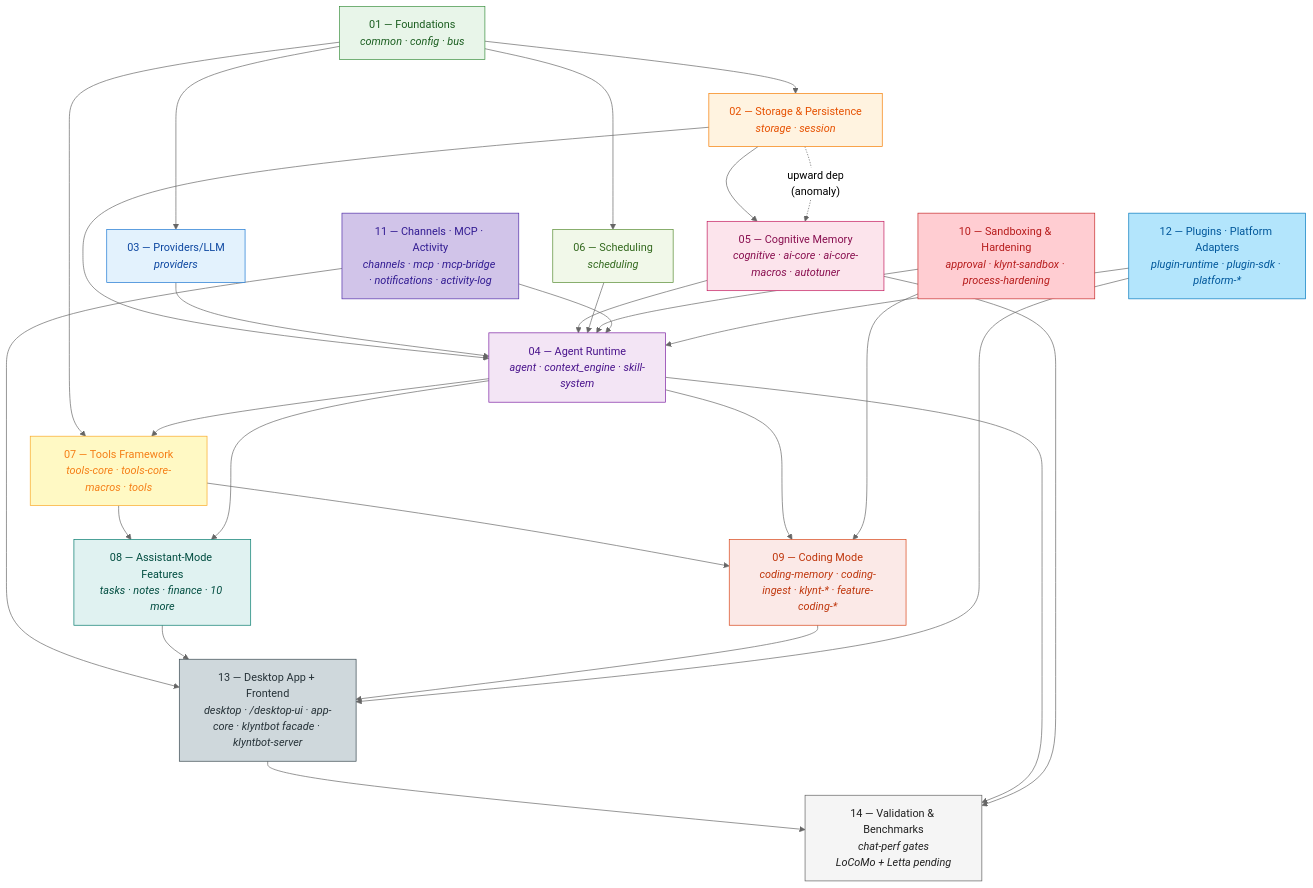
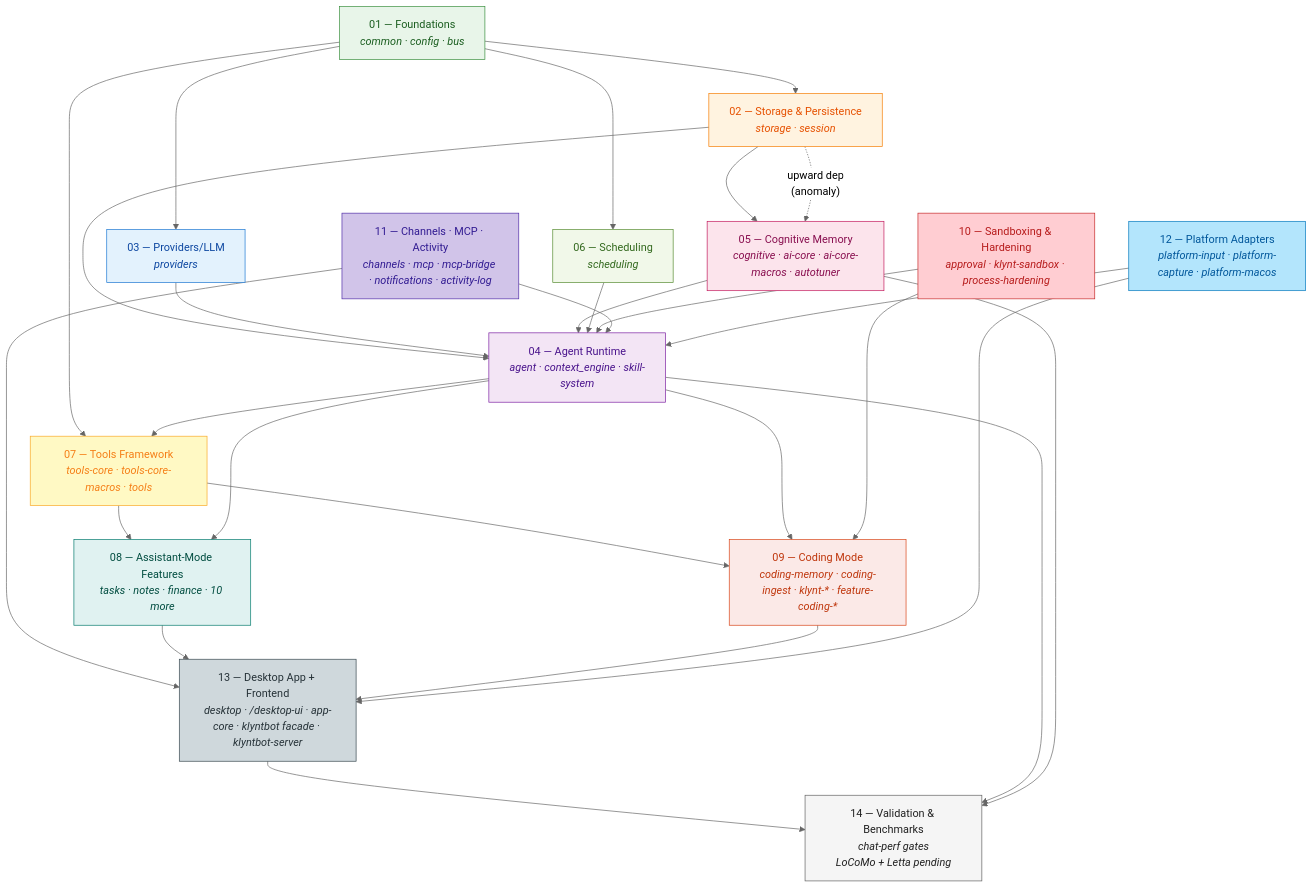
Before and after one commit to KlyntLabs/klyntbot: the first of 4 diagrams in docs/architecture/00-overview.md, drawn with Mermaid (neutral theme). The commit also changed other lines of this file and 15 other files, not shown here.

First line of the commit message:
docs: strip WASM-plugin references after runtime removal

````diff
--- a/docs/architecture/00-overview.md
+++ b/docs/architecture/00-overview.md
@@ -60,59 +60,59 @@
 ```mermaid
 flowchart TB
     classDef found fill:#e8f5e9,stroke:#388e3c,color:#1b5e20
     classDef store fill:#fff3e0,stroke:#f57c00,color:#e65100
     classDef llm fill:#e3f2fd,stroke:#1976d2,color:#0d47a1
     classDef runtime fill:#f3e5f5,stroke:#7b1fa2,color:#4a148c
     classDef cognition fill:#fce4ec,stroke:#c2185b,color:#880e4f
     classDef sched fill:#f1f8e9,stroke:#558b2f,color:#33691e
     classDef tools fill:#fff9c4,stroke:#f9a825,color:#f57f17
     classDef features fill:#e0f2f1,stroke:#00796b,color:#004d40
     classDef coding fill:#fbe9e7,stroke:#d84315,color:#bf360c
     classDef sec fill:#ffcdd2,stroke:#c62828,color:#b71c1c
     classDef ext fill:#d1c4e9,stroke:#512da8,color:#311b92
     classDef plug fill:#b3e5fc,stroke:#0277bd,color:#01579b
     classDef desktop fill:#cfd8dc,stroke:#37474f,color:#263238
     classDef val fill:#f5f5f5,stroke:#616161,color:#212121
 
     F[01 — Foundations<br/><i>common · config · bus</i>]:::found
     S[02 — Storage & Persistence<br/><i>storage · session</i>]:::store
     P[03 — Providers/LLM<br/><i>providers</i>]:::llm
     A[04 — Agent Runtime<br/><i>agent · context_engine · skill-system</i>]:::runtime
     C[05 — Cognitive Memory<br/><i>cognitive · ai-core · ai-core-macros · autotuner</i>]:::cognition
     SC[06 — Scheduling<br/><i>scheduling</i>]:::sched
     T[07 — Tools Framework<br/><i>tools-core · tools-core-macros · tools</i>]:::tools
     AF[08 — Assistant-Mode Features<br/><i>tasks · notes · finance · 10 more</i>]:::features
     CM[09 — Coding Mode<br/><i>coding-memory · coding-ingest · klynt-* · feature-coding-*</i>]:::coding
     SEC[10 — Sandboxing & Hardening<br/><i>approval · klynt-sandbox · process-hardening</i>]:::sec
     EX[11 — Channels · MCP · Activity<br/><i>channels · mcp · mcp-bridge · notifications · activity-log</i>]:::ext
-    PL[12 — Plugins · Platform Adapters<br/><i>plugin-runtime · plugin-sdk · platform-*</i>]:::plug
+    PL[12 — Platform Adapters<br/><i>platform-input · platform-capture · platform-macos</i>]:::plug
     D[13 — Desktop App + Frontend<br/><i>desktop · /desktop-ui · app-core · klyntbot facade · klyntbot-server</i>]:::desktop
     V[14 — Validation & Benchmarks<br/><i>chat-perf gates<br/>LoCoMo + Letta pending</i>]:::val
 
     F --> S
     F --> P
     F --> SC
     F --> T
     S --> A
     S --> C
     S -.upward dep<br/>(anomaly).-> C
     P --> A
     A --> T
     C --> A
     SC --> A
     T --> AF
     T --> CM
     A --> AF
     A --> CM
     SEC --> A
     SEC --> CM
     EX --> A
     EX --> D
     AF --> D
     CM --> D
     PL --> D
     PL --> A
     D --> V
     A --> V
     C --> V
 ```
````
